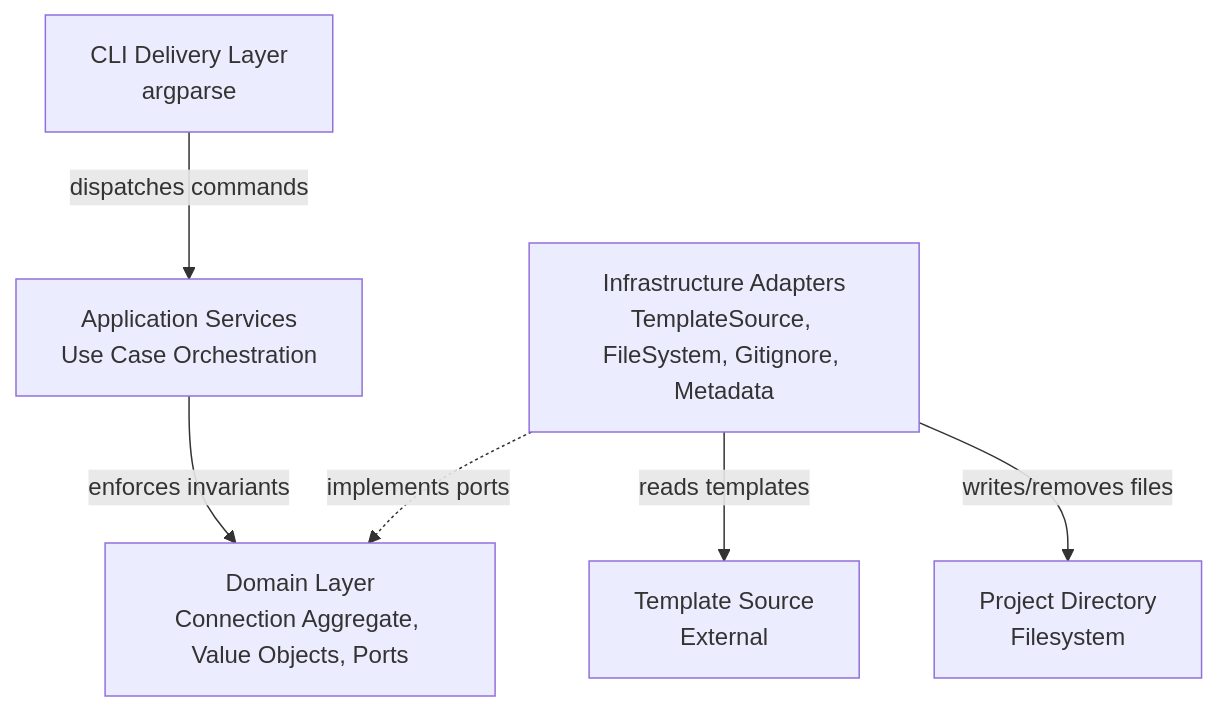
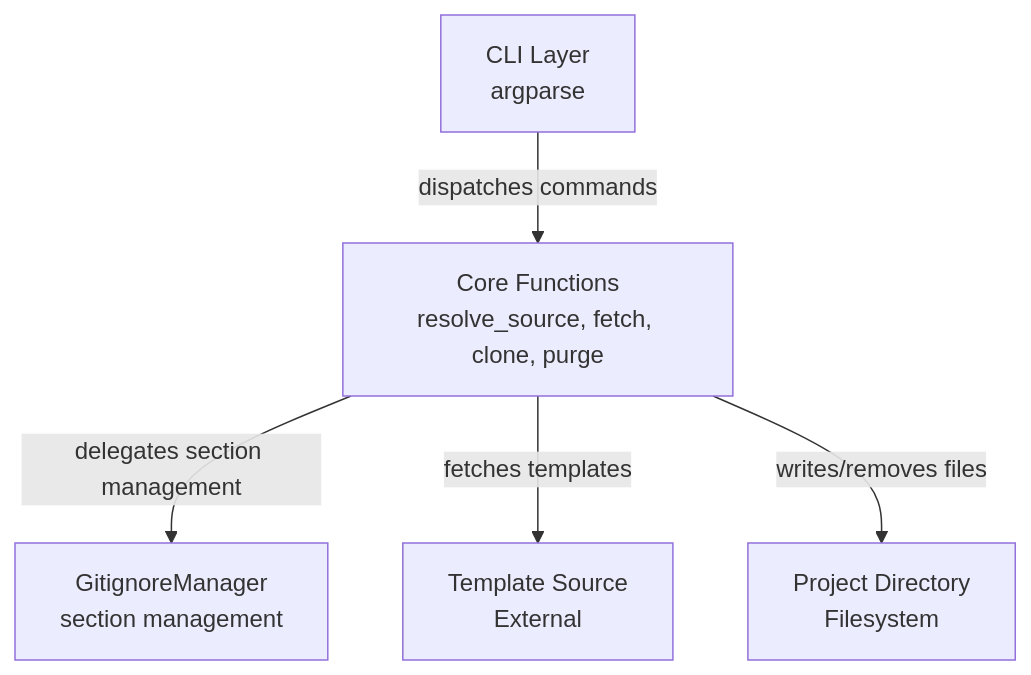
Before and after one commit to nullhack/agents-smith: the second of 2 diagrams in docs/spec/technical_design.md, drawn with Mermaid. The commit also changed other lines of this file and 288 other files, not shown here.

First line of the commit message:
squash: rebuild minimal-v2 — clone/purge commands, full docs, feature tests, Matrix branding

````diff
--- a/docs/spec/technical_design.md
+++ b/docs/spec/technical_design.md
@@ -507,15 +273,13 @@
 ```mermaid
 graph TB
-    CLI[CLI Delivery Layer<br/>argparse]
-    App[Application Services<br/>Use Case Orchestration]
-    Domain[Domain Layer<br/>Connection Aggregate, Value Objects, Ports]
-    Infra[Infrastructure Adapters<br/>TemplateSource, FileSystem, Gitignore, Metadata]
+    CLI[CLI Layer<br/>argparse]
+    Core[Core Functions<br/>resolve_source, fetch, clone, purge]
+    GM[GitignoreManager<br/>section management]
     TS[Template Source<br/>External]
     PD[Project Directory<br/>Filesystem]
 
-    CLI -->|dispatches commands| App
-    App -->|enforces invariants| Domain
-    Infra -.->|implements ports| Domain
-    Infra -->|reads templates| TS
-    Infra -->|writes/removes files| PD
+    CLI -->|dispatches commands| Core
+    Core -->|delegates section management| GM
+    Core -->|fetches templates| TS
+    Core -->|writes/removes files| PD
 ```
````
